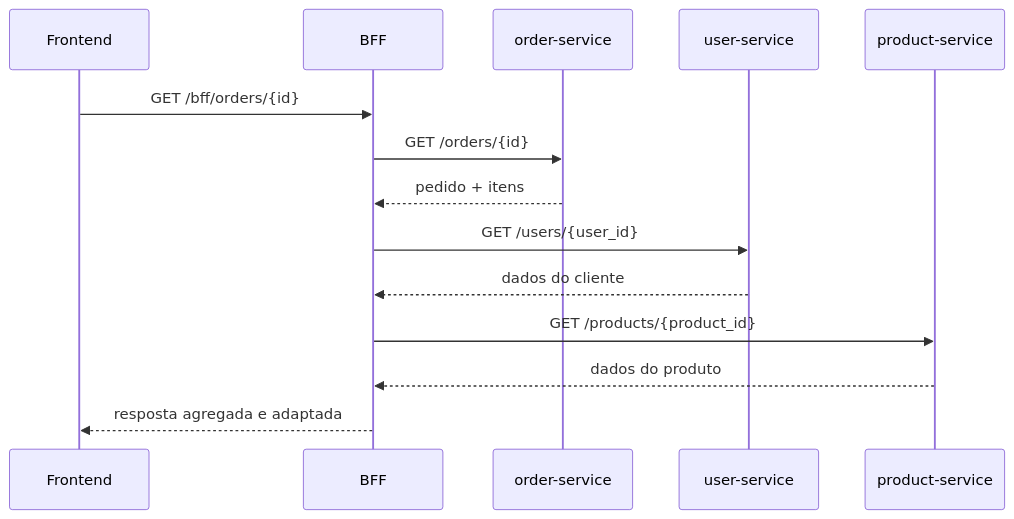
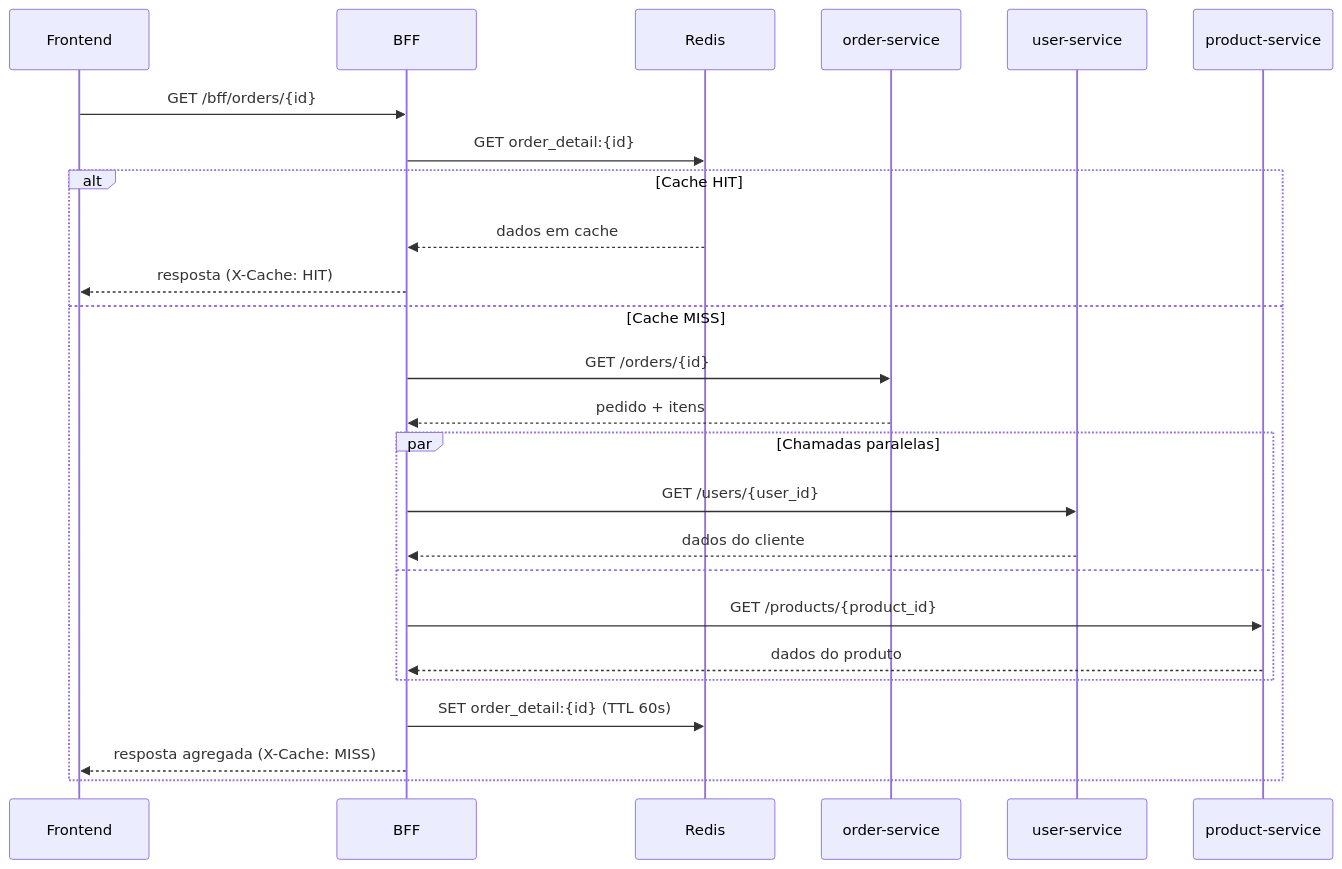
One commit to lucassantosf/distributed-systems-playground changed the diagram in 07-bff/README.md. Above: the diagram before and after it, drawn with Mermaid. The commit also changed other lines of this file and 8 other files, not shown here.

````diff
--- a/07-bff/README.md
+++ b/07-bff/README.md
@@ -45,17 +48,28 @@
 ```mermaid
 sequenceDiagram
     participant F as Frontend
     participant B as BFF
+    participant R as Redis
     participant O as order-service
     participant U as user-service
     participant P as product-service
 
     F->>B: GET /bff/orders/{id}
-    B->>O: GET /orders/{id}
-    O-->>B: pedido + itens
-    B->>U: GET /users/{user_id}
-    U-->>B: dados do cliente
-    B->>P: GET /products/{product_id}
-    P-->>B: dados do produto
-    B-->>F: resposta agregada e adaptada
+    B->>R: GET order_detail:{id}
+    alt Cache HIT
+        R-->>B: dados em cache
+        B-->>F: resposta (X-Cache: HIT)
+    else Cache MISS
+        B->>O: GET /orders/{id}
+        O-->>B: pedido + itens
+        par Chamadas paralelas
+            B->>U: GET /users/{user_id}
+            U-->>B: dados do cliente
+        and
+            B->>P: GET /products/{product_id}
+            P-->>B: dados do produto
+        end
+        B->>R: SET order_detail:{id} (TTL 60s)
+        B-->>F: resposta agregada (X-Cache: MISS)
+    end
 ```
````
